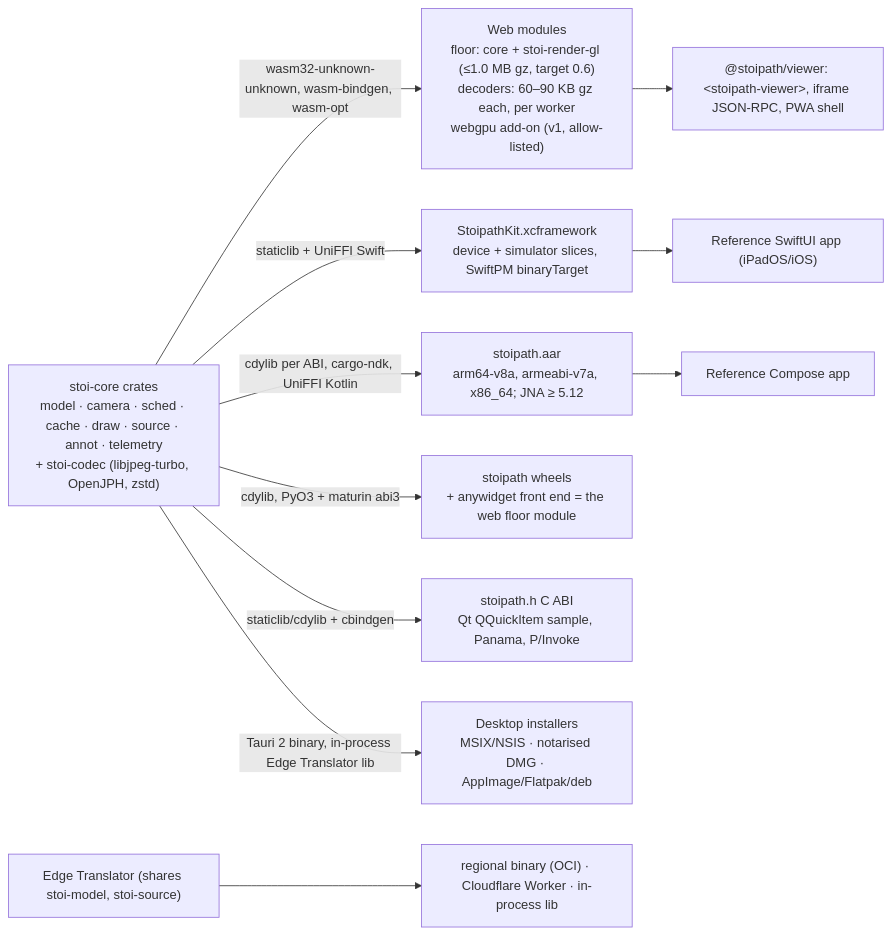
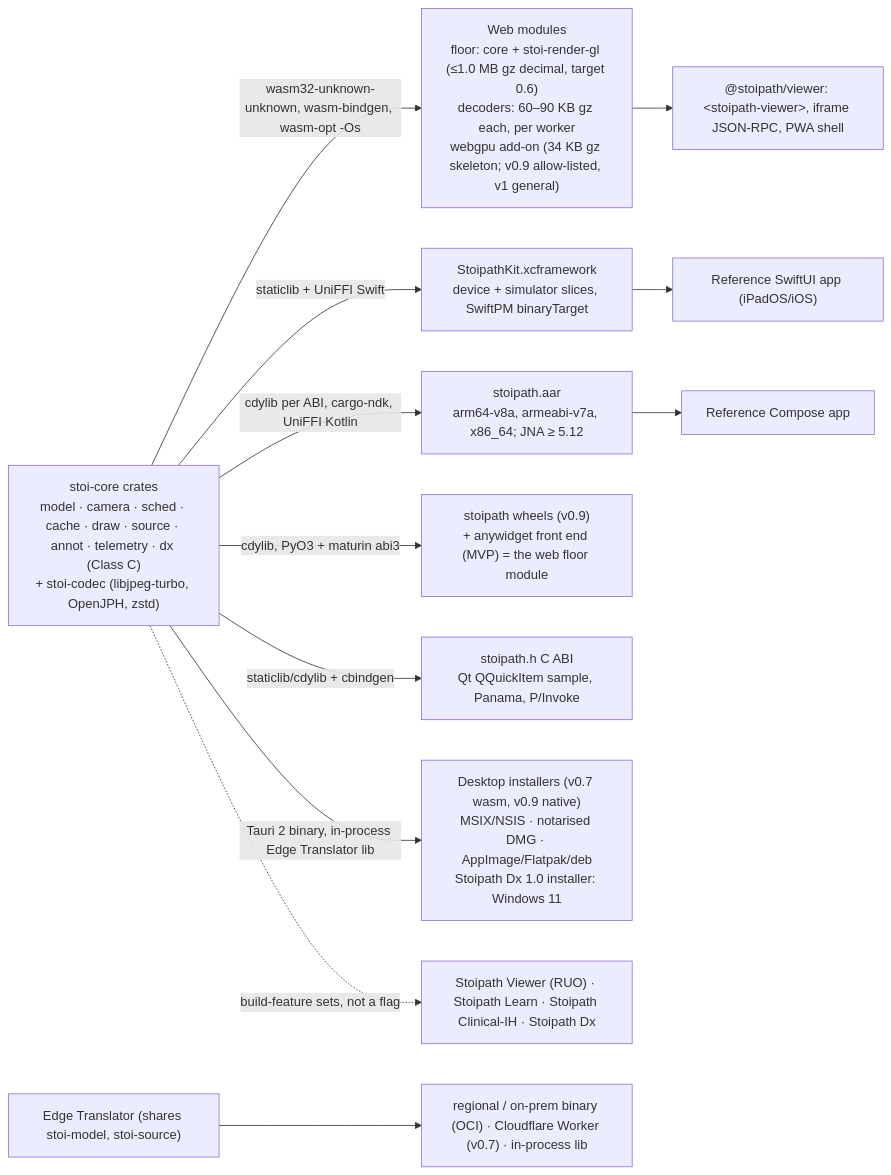
The first of 2 diagrams in wsi-viewer/docs/plan/06-cross-platform-delivery.md (RPBatman/Stoipath), drawn with Mermaid before and after one commit. The commit also changed other lines of this file and 5 other files, not shown here.

````diff
--- a/wsi-viewer/docs/plan/06-cross-platform-delivery.md
+++ b/wsi-viewer/docs/plan/06-cross-platform-delivery.md
@@ -24,14 +26,15 @@
 ```mermaid
 flowchart LR
-  CORE["stoi-core crates<br/>model · camera · sched · cache · draw · source · annot · telemetry<br/>+ stoi-codec (libjpeg-turbo, OpenJPH, zstd)"]
-  CORE -->|wasm32-unknown-unknown, wasm-bindgen, wasm-opt| WASM["Web modules<br/>floor: core + stoi-render-gl (≤1.0 MB gz, target 0.6)<br/>decoders: 60–90 KB gz each, per worker<br/>webgpu add-on (v1, allow-listed)"]
+  CORE["stoi-core crates<br/>model · camera · sched · cache · draw · source · annot · telemetry · dx (Class C)<br/>+ stoi-codec (libjpeg-turbo, OpenJPH, zstd)"]
+  CORE -->|wasm32-unknown-unknown, wasm-bindgen, wasm-opt -Os| WASM["Web modules<br/>floor: core + stoi-render-gl (≤1.0 MB gz decimal, target 0.6)<br/>decoders: 60–90 KB gz each, per worker<br/>webgpu add-on (34 KB gz skeleton; v0.9 allow-listed, v1 general)"]
   CORE -->|staticlib + UniFFI Swift| XCF["StoipathKit.xcframework<br/>device + simulator slices, SwiftPM binaryTarget"]
   CORE -->|cdylib per ABI, cargo-ndk, UniFFI Kotlin| AAR["stoipath.aar<br/>arm64-v8a, armeabi-v7a, x86_64; JNA ≥ 5.12"]
-  CORE -->|cdylib, PyO3 + maturin abi3| WHL["stoipath wheels<br/>+ anywidget front end = the web floor module"]
+  CORE -->|cdylib, PyO3 + maturin abi3| WHL["stoipath wheels (v0.9)<br/>+ anywidget front end (MVP) = the web floor module"]
   CORE -->|staticlib/cdylib + cbindgen| CABI["stoipath.h C ABI<br/>Qt QQuickItem sample, Panama, P/Invoke"]
-  CORE -->|Tauri 2 binary, in-process Edge Translator lib| DESK["Desktop installers<br/>MSIX/NSIS · notarised DMG · AppImage/Flatpak/deb"]
+  CORE -->|Tauri 2 binary, in-process Edge Translator lib| DESK["Desktop installers (v0.7 wasm, v0.9 native)<br/>MSIX/NSIS · notarised DMG · AppImage/Flatpak/deb<br/>Stoipath Dx 1.0 installer: Windows 11"]
   WASM --> WC["@stoipath/viewer: &lt;stoipath-viewer&gt;, iframe JSON-RPC, PWA shell"]
   XCF --> IOSAPP["Reference SwiftUI app (iPadOS/iOS)"]
   AAR --> ANDAPP["Reference Compose app"]
-  SRV["Edge Translator (shares stoi-model, stoi-source)"] --> SRVB["regional binary (OCI) · Cloudflare Worker · in-process lib"]
+  SRV["Edge Translator (shares stoi-model, stoi-source)"] --> SRVB["regional / on-prem binary (OCI) · Cloudflare Worker (v0.7) · in-process lib"]
+  CORE -.->|build-feature sets, not a flag| BUILDS["Stoipath Viewer (RUO) · Stoipath Learn · Stoipath Clinical-IH · Stoipath Dx"]
 ```
````
